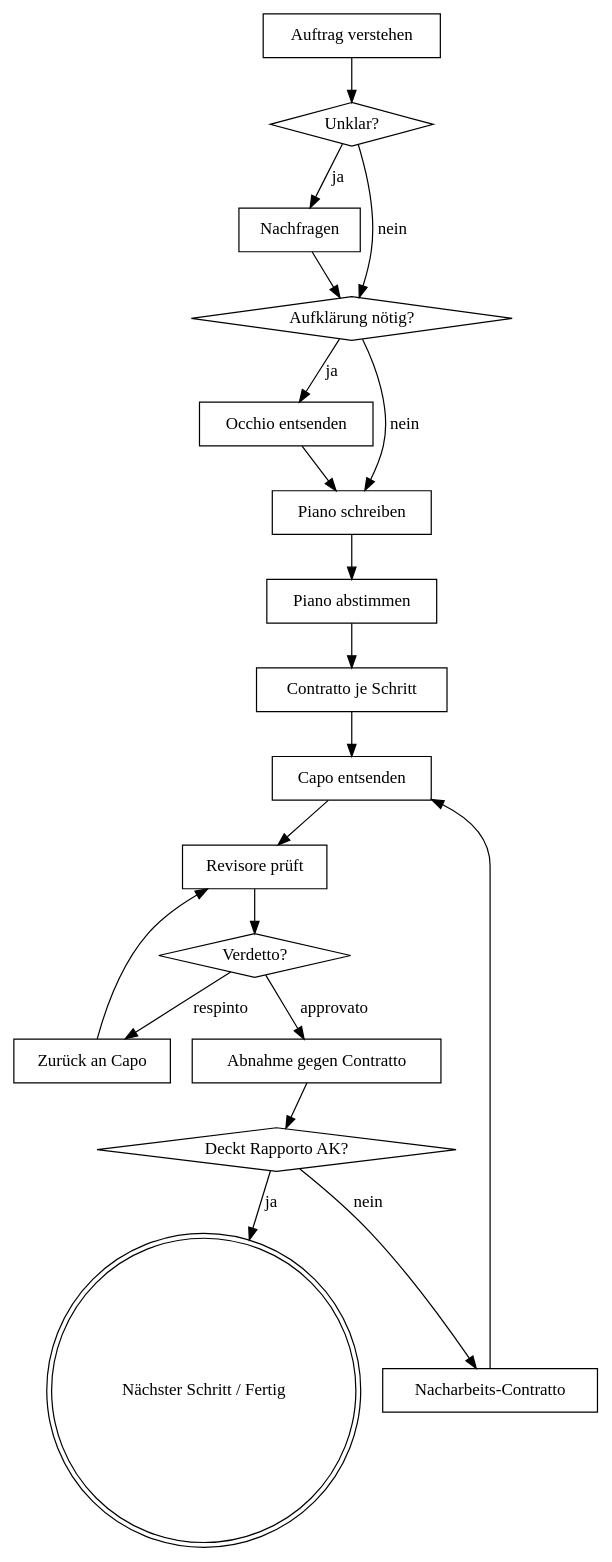
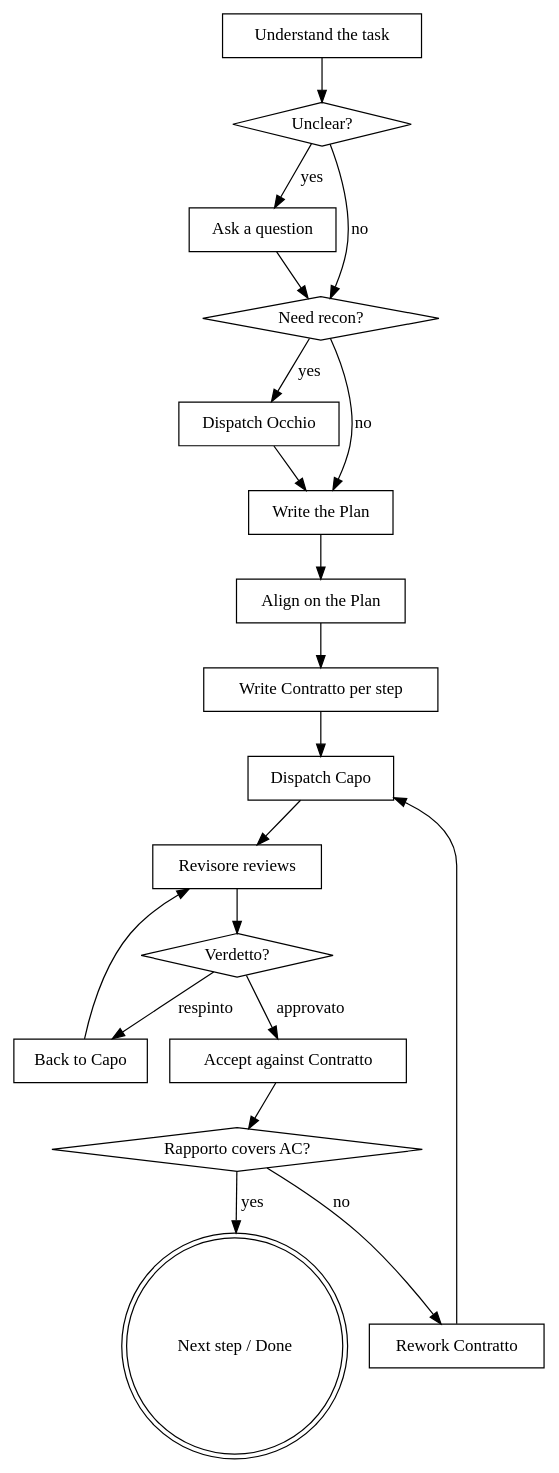
Before and after one commit to rokde/cosa-skills: the diagram in .claude/skills/consigliere/SKILL.md, drawn with Graphviz. The commit also changed other lines of this file and 21 other files, not shown here.

````diff
--- a/.claude/skills/consigliere/SKILL.md
+++ b/.claude/skills/consigliere/SKILL.md
@@ -28,40 +28,40 @@
 ```dot
 digraph consigliere {
-    "Auftrag verstehen" [shape=box];
-    "Unklar?" [shape=diamond];
-    "Nachfragen" [shape=box];
-    "Aufklärung nötig?" [shape=diamond];
-    "Occhio entsenden" [shape=box];
-    "Piano schreiben" [shape=box];
-    "Piano abstimmen" [shape=box];
-    "Contratto je Schritt" [shape=box];
-    "Capo entsenden" [shape=box];
-    "Revisore prüft" [shape=box];
+    "Understand the task" [shape=box];
+    "Unclear?" [shape=diamond];
+    "Ask a question" [shape=box];
+    "Need recon?" [shape=diamond];
+    "Dispatch Occhio" [shape=box];
+    "Write the Plan" [shape=box];
+    "Align on the Plan" [shape=box];
+    "Write Contratto per step" [shape=box];
+    "Dispatch Capo" [shape=box];
+    "Revisore reviews" [shape=box];
     "Verdetto?" [shape=diamond];
-    "Zurück an Capo" [shape=box];
-    "Abnahme gegen Contratto" [shape=box];
-    "Deckt Rapporto AK?" [shape=diamond];
-    "Nacharbeits-Contratto" [shape=box];
-    "Nächster Schritt / Fertig" [shape=doublecircle];
+    "Back to Capo" [shape=box];
+    "Accept against Contratto" [shape=box];
+    "Rapporto covers AC?" [shape=diamond];
+    "Rework Contratto" [shape=box];
+    "Next step / Done" [shape=doublecircle];
 
-    "Auftrag verstehen" -> "Unklar?";
-    "Unklar?" -> "Nachfragen" [label="ja"];
-    "Nachfragen" -> "Aufklärung nötig?";
-    "Unklar?" -> "Aufklärung nötig?" [label="nein"];
-    "Aufklärung nötig?" -> "Occhio entsenden" [label="ja"];
-    "Occhio entsenden" -> "Piano schreiben";
-    "Aufklärung nötig?" -> "Piano schreiben" [label="nein"];
-    "Piano schreiben" -> "Piano abstimmen";
-    "Piano abstimmen" -> "Contratto je Schritt";
-    "Contratto je Schritt" -> "Capo entsenden";
-    "Capo entsenden" -> "Revisore prüft";
-    "Revisore prüft" -> "Verdetto?";
-    "Verdetto?" -> "Zurück an Capo" [label="respinto"];
-    "Zurück an Capo" -> "Revisore prüft";
-    "Verdetto?" -> "Abnahme gegen Contratto" [label="approvato"];
-    "Abnahme gegen Contratto" -> "Deckt Rapporto AK?";
-    "Deckt Rapporto AK?" -> "Nacharbeits-Contratto" [label="nein"];
-    "Nacharbeits-Contratto" -> "Capo entsenden";
-    "Deckt Rapporto AK?" -> "Nächster Schritt / Fertig" [label="ja"];
+    "Understand the task" -> "Unclear?";
+    "Unclear?" -> "Ask a question" [label="yes"];
+    "Ask a question" -> "Need recon?";
+    "Unclear?" -> "Need recon?" [label="no"];
+    "Need recon?" -> "Dispatch Occhio" [label="yes"];
+    "Dispatch Occhio" -> "Write the Plan";
+    "Need recon?" -> "Write the Plan" [label="no"];
+    "Write the Plan" -> "Align on the Plan";
+    "Align on the Plan" -> "Write Contratto per step";
+    "Write Contratto per step" -> "Dispatch Capo";
+    "Dispatch Capo" -> "Revisore reviews";
+    "Revisore reviews" -> "Verdetto?";
+    "Verdetto?" -> "Back to Capo" [label="respinto"];
+    "Back to Capo" -> "Revisore reviews";
+    "Verdetto?" -> "Accept against Contratto" [label="approvato"];
+    "Accept against Contratto" -> "Rapporto covers AC?";
+    "Rapporto covers AC?" -> "Rework Contratto" [label="no"];
+    "Rework Contratto" -> "Dispatch Capo";
+    "Rapporto covers AC?" -> "Next step / Done" [label="yes"];
 }
 ```
````
